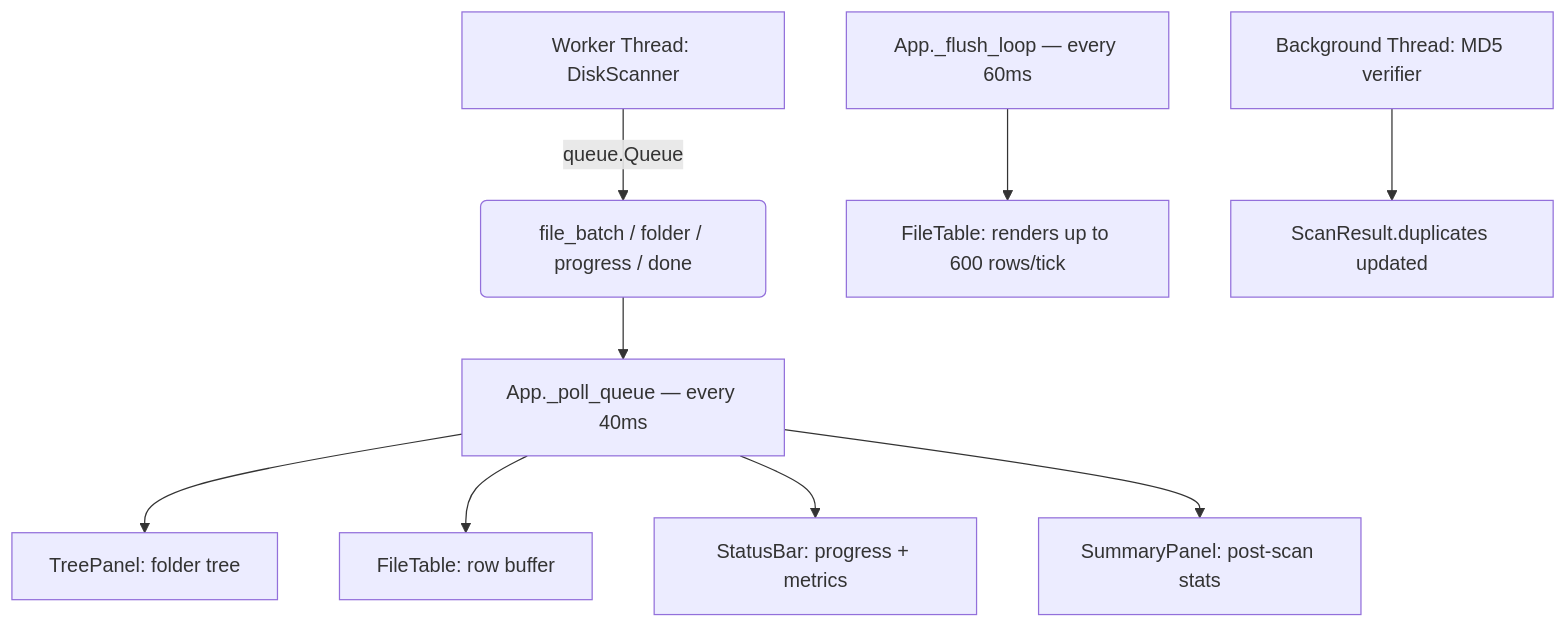
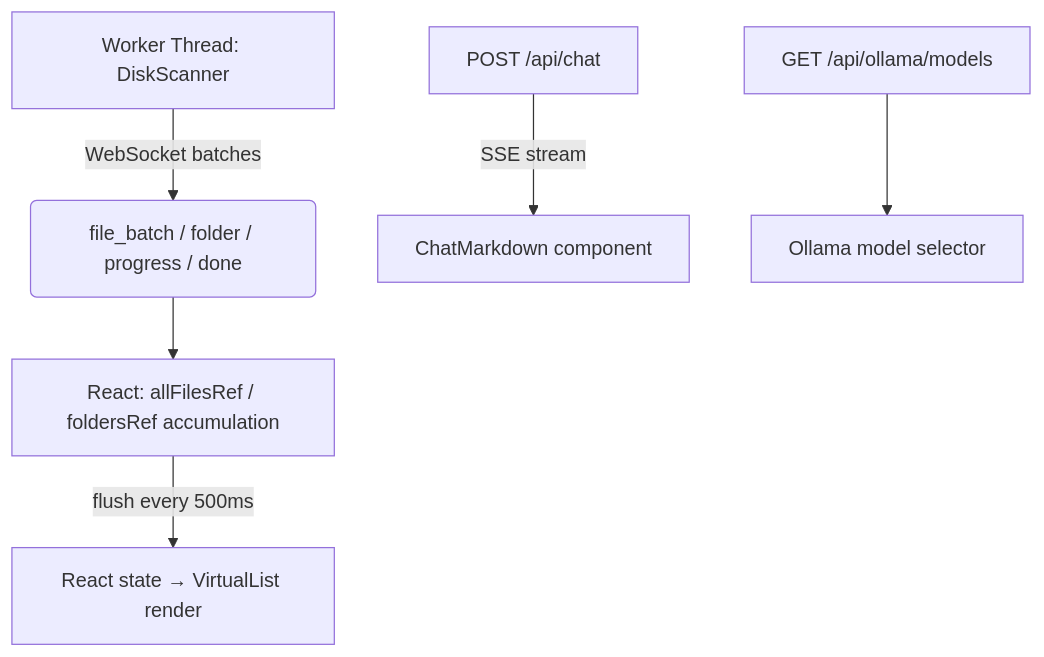
Before and after one commit to Lizzen/disk_analyzer: the first of 2 diagrams in README.md, drawn with Mermaid. The commit also changed other lines of this file and 26 other files, not shown here.

First line of the commit message:
Modern Web UI v0.2.0 — React + FastAPI interface

````diff
--- a/README.md
+++ b/README.md
@@ -150,11 +188,8 @@
 ```mermaid
 graph TD
-    A[Worker Thread: DiskScanner] -->|queue.Queue| B(file_batch / folder / progress / done)
-    B --> C[App._poll_queue — every 40ms]
-    C --> D[TreePanel: folder tree]
-    C --> E[FileTable: row buffer]
-    C --> F[StatusBar: progress + metrics]
-    C --> G[SummaryPanel: post-scan stats]
-    H[App._flush_loop — every 60ms] --> I[FileTable: renders up to 600 rows/tick]
-    J[Background Thread: MD5 verifier] --> K[ScanResult.duplicates updated]
+    A[Worker Thread: DiskScanner] -->|WebSocket batches| B(file_batch / folder / progress / done)
+    B --> C[React: allFilesRef / foldersRef accumulation]
+    C -->|flush every 500ms| D[React state → VirtualList render]
+    E[POST /api/chat] -->|SSE stream| F[ChatMarkdown component]
+    G[GET /api/ollama/models] --> H[Ollama model selector]
 ```
````
